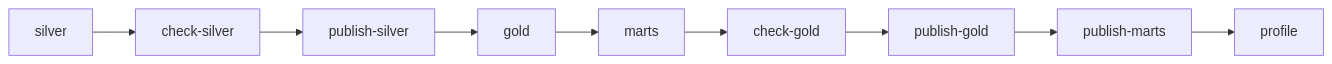
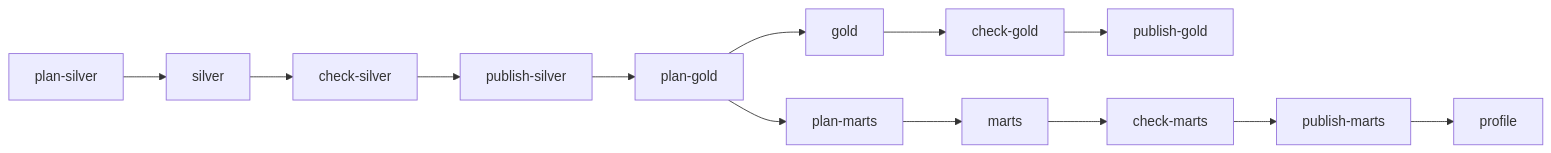
The second of 3 diagrams in docs/data/offline.md (phuchoang2603/payment-gateway-fraud-detection), drawn with Mermaid before and after one commit. The commit also changed other lines of this file and 27 other files, not shown here.

````diff
--- a/docs/data/offline.md
+++ b/docs/data/offline.md
@@ -55,4 +55,6 @@
 ```mermaid
 flowchart LR
-    s[silver] --> cs[check-silver] --> ps[publish-silver] --> g[gold] --> m[marts] --> cg[check-gold] --> pg[publish-gold] --> pm[publish-marts] --> p[profile]
+    plS[plan-silver] --> s[silver] --> cs[check-silver] --> ps[publish-silver] --> plG[plan-gold]
+    plG --> g[gold] --> cg[check-gold] --> pg[publish-gold]
+    plG --> plM[plan-marts] --> m[marts] --> cm[check-marts] --> pm[publish-marts] --> p[profile]
 ```
````
